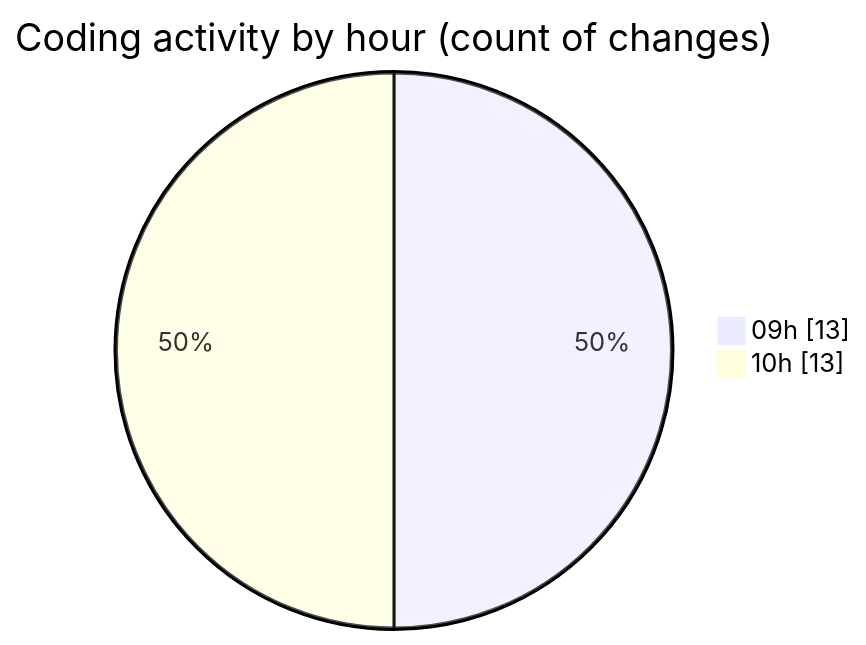
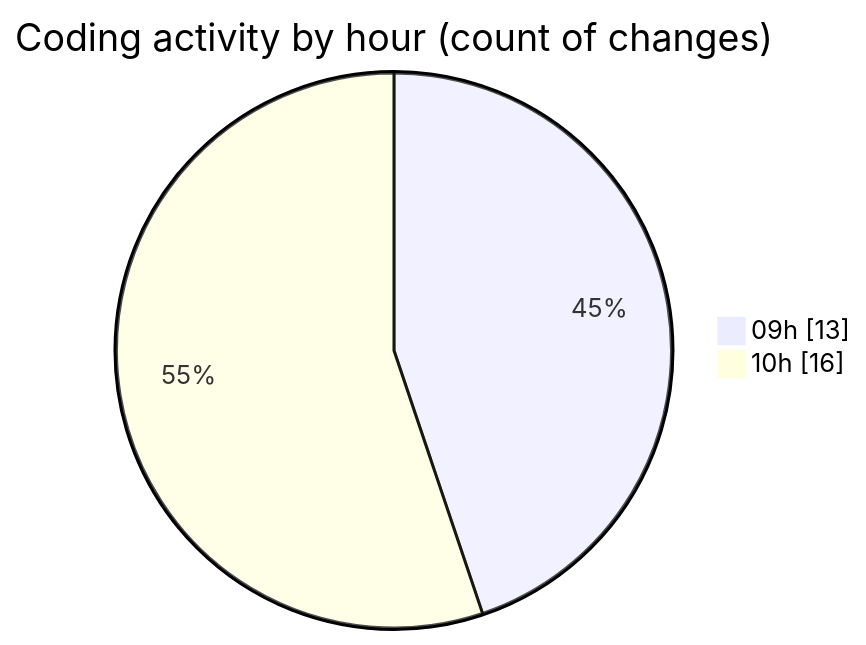
Before and after one commit to momahboobian/code-tracking: the second of 2 diagrams in 2025-03-31/cda/README.md, drawn with Mermaid. The commit also changed other lines of this file and 1 other file, not shown here.

````diff
--- a/2025-03-31/cda/README.md
+++ b/2025-03-31/cda/README.md
@@ -35,6 +35,6 @@
 ```mermaid
 pie showData
 title Coding activity by hour (count of changes)
 "09h" : 13
-"10h" : 13
+"10h" : 16
 ```
````
